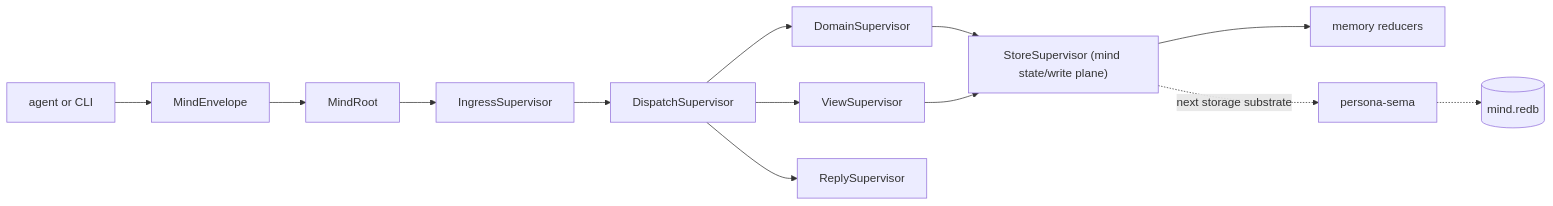
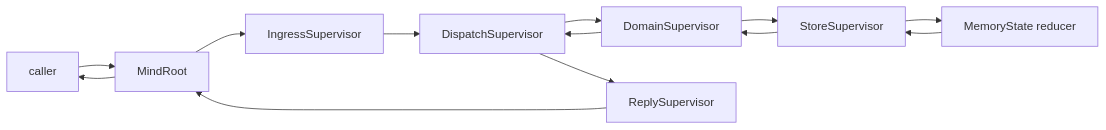
The fourth of 7 diagrams in ARCHITECTURE.md (LiGoldragon/persona-orchestrate), drawn with Mermaid before and after one commit. The commit also changed other lines of this file, not shown here.

Commit message:
docs: define daemon-backed mind architecture

````diff
--- a/ARCHITECTURE.md
+++ b/ARCHITECTURE.md
@@ -27,15 +126,15 @@
 ```mermaid
 flowchart LR
-    caller["agent or CLI"] --> envelope["MindEnvelope"]
-    envelope --> root["MindRoot"]
-    root --> ingress["IngressSupervisor"]
-    ingress --> dispatch["DispatchSupervisor"]
-    dispatch --> domain["DomainSupervisor"]
-    dispatch --> views["ViewSupervisor"]
-    domain --> store["StoreSupervisor (mind state/write plane)"]
-    views --> store
-    store --> reducer["memory reducers"]
-    store -. "next storage substrate" .-> sema["persona-sema"]
-    sema -.-> db[("mind.redb")]
-    dispatch --> reply["ReplySupervisor"]
+    caller[caller] --> root[MindRoot]
+    root --> ingress[IngressSupervisor]
+    ingress --> dispatch[DispatchSupervisor]
+    dispatch --> domain[DomainSupervisor]
+    domain --> store[StoreSupervisor]
+    store --> reducer[MemoryState reducer]
+    reducer --> store
+    store --> domain
+    domain --> dispatch
+    dispatch --> reply[ReplySupervisor]
+    reply --> root
+    root --> caller
 ```
````
